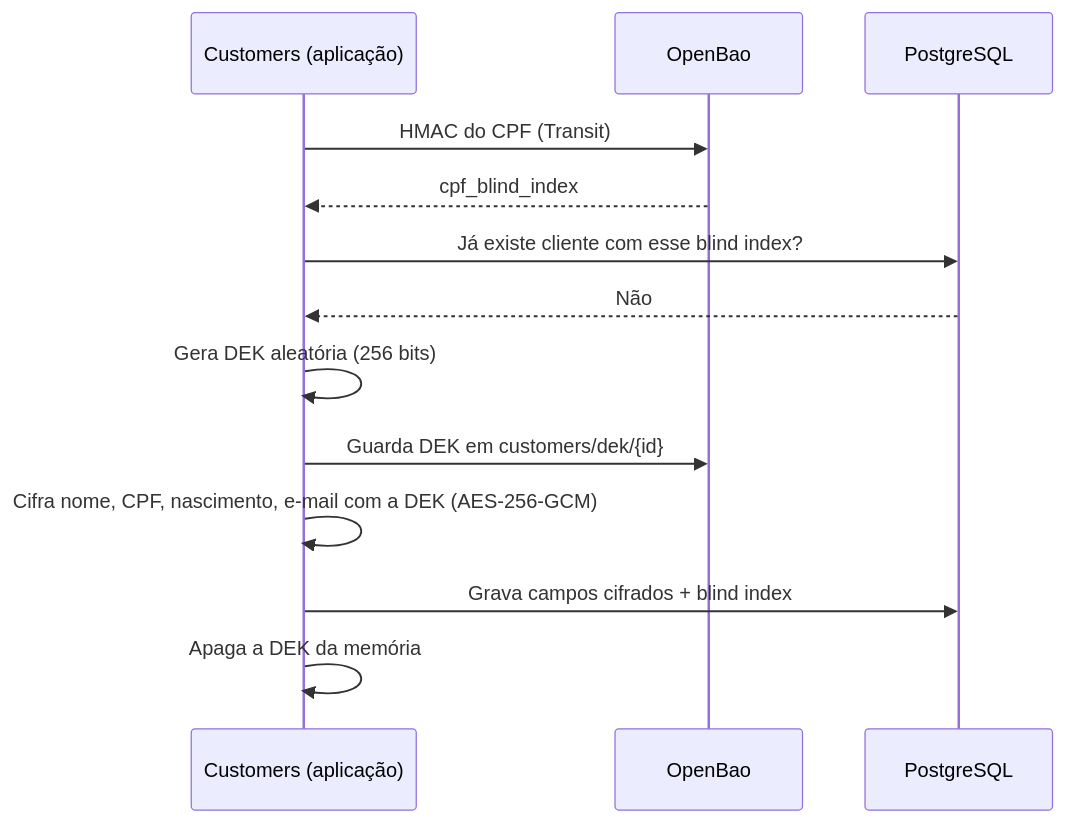
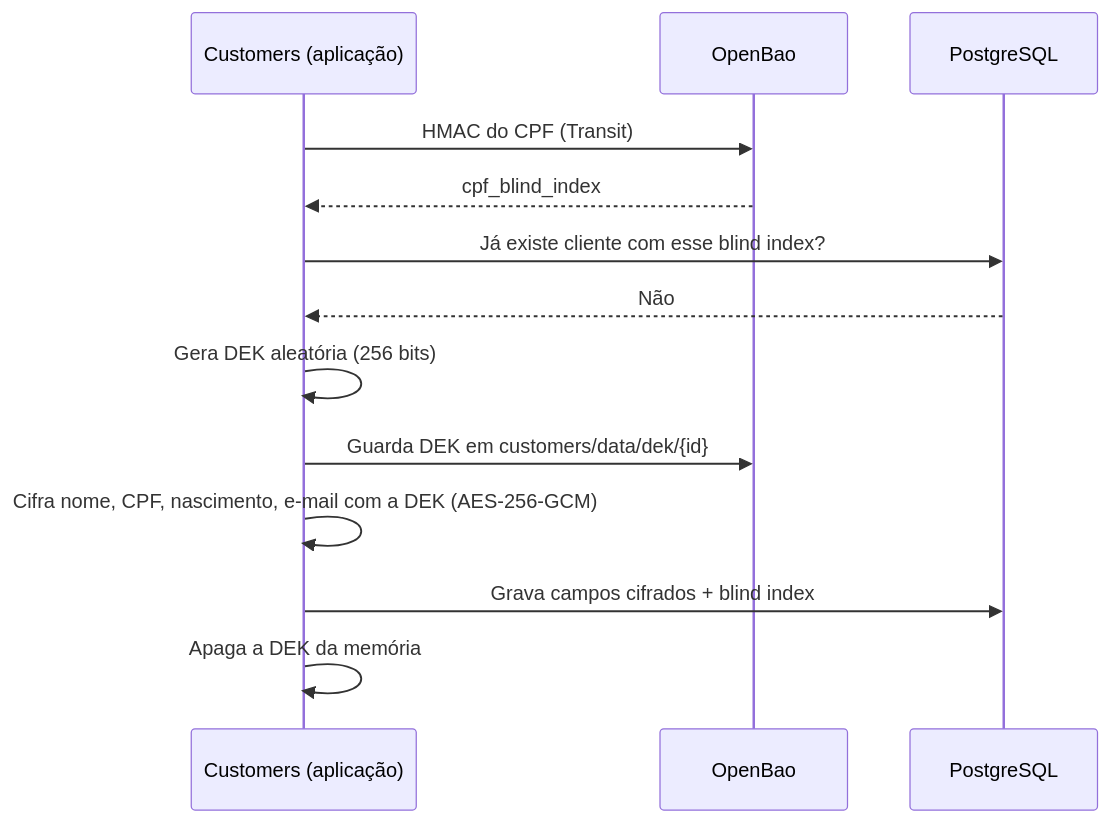
The diagram in docs/guias/criptografia-explicada.md (arthuurw/desafio-arquiteto-keyrus), drawn with Mermaid before and after one commit. The commit also changed other lines of this file and 10 other files, not shown here.

First line of the commit message:
docs: describe customers, OpenBao and the seed as delivered

````diff
--- a/docs/guias/criptografia-explicada.md
+++ b/docs/guias/criptografia-explicada.md
@@ -220,16 +227,16 @@
 ```mermaid
 sequenceDiagram
     participant API as Customers (aplicação)
     participant Bao as OpenBao
     participant DB as PostgreSQL
 
     API->>Bao: HMAC do CPF (Transit)
     Bao-->>API: cpf_blind_index
     API->>DB: Já existe cliente com esse blind index?
     DB-->>API: Não
     API->>API: Gera DEK aleatória (256 bits)
-    API->>Bao: Guarda DEK em customers/dek/{id}
+    API->>Bao: Guarda DEK em customers/data/dek/{id}
     API->>API: Cifra nome, CPF, nascimento, e-mail com a DEK (AES-256-GCM)
     API->>DB: Grava campos cifrados + blind index
     API->>API: Apaga a DEK da memória
 ```
````
